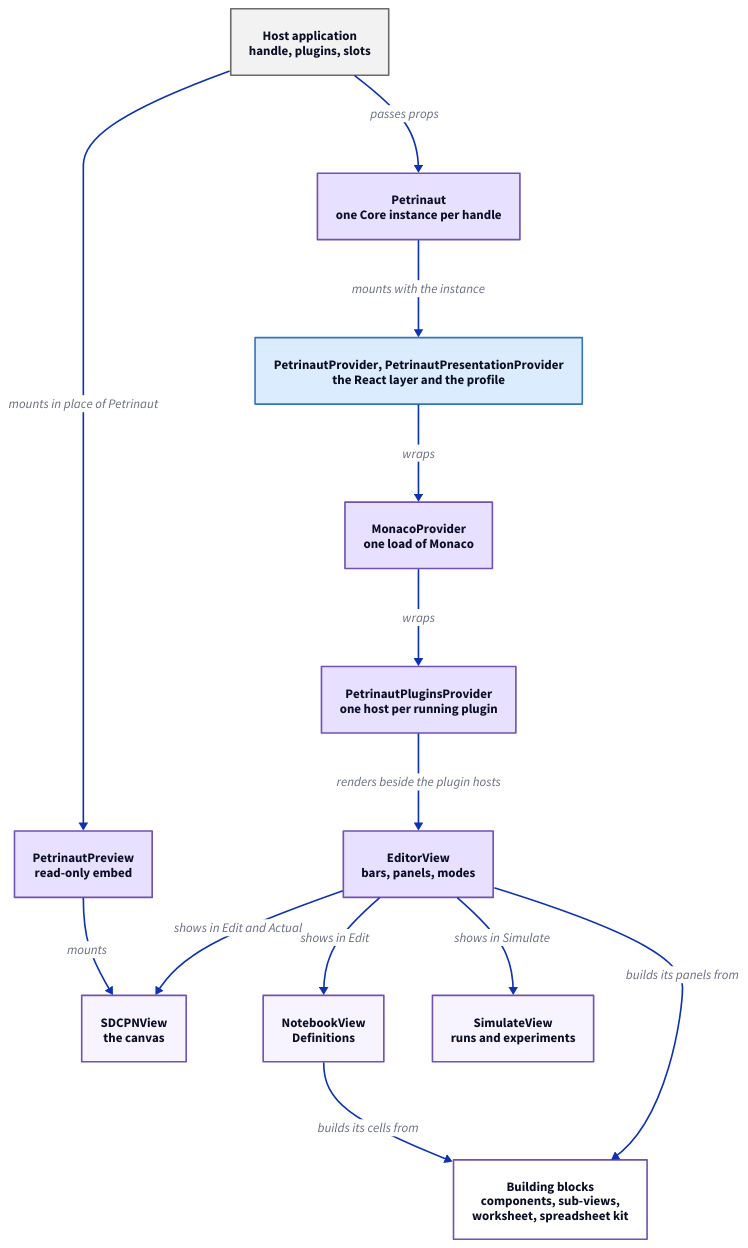
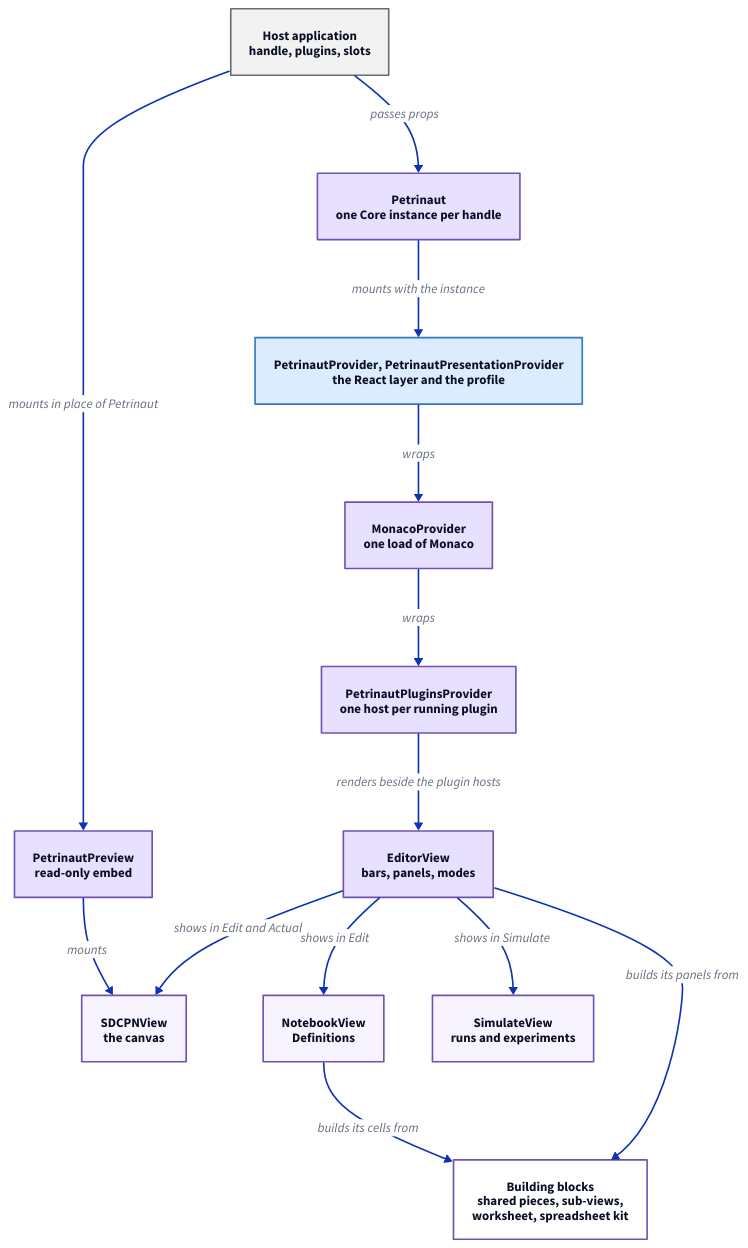
Before and after one commit to hashintel/hash: the diagram in libs/@hashintel/petrinaut/src/ui/ui-layer.d2, drawn with D2. The commit also changed 4 other files, not shown here.

```diff
--- a/libs/@hashintel/petrinaut/src/ui/ui-layer.d2
+++ b/libs/@hashintel/petrinaut/src/ui/ui-layer.d2
@@ -1,28 +1,28 @@
 # Hand-written; rendered by the arch-docs build. React components use the
 # purple palette, the host the grey one.
 direction: down
 
 host: "Host application\nhandle, plugins, slots" {style.fill: "#f2f2f2"; style.stroke: "#6b6b6b"}
 petrinaut: "Petrinaut\none Core instance per handle" {style.fill: "#e8e0ff"; style.stroke: "#7051b5"}
 provider: "PetrinautProvider, PetrinautPresentationProvider\nthe React layer and the profile" {style.fill: "#dcecff"; style.stroke: "#3676b8"}
 monaco: "MonacoProvider\none load of Monaco" {style.fill: "#e8e0ff"; style.stroke: "#7051b5"}
 plugins: "PetrinautPluginsProvider\none host per running plugin" {style.fill: "#e8e0ff"; style.stroke: "#7051b5"}
 editor: "EditorView\nbars, panels, modes" {style.fill: "#e8e0ff"; style.stroke: "#7051b5"}
 canvas: "SDCPNView\nthe canvas" {style.fill: "#f7f4ff"; style.stroke: "#7051b5"}
 notebook: "NotebookView\nDefinitions" {style.fill: "#f7f4ff"; style.stroke: "#7051b5"}
 simulate: "SimulateView\nruns and experiments" {style.fill: "#f7f4ff"; style.stroke: "#7051b5"}
 preview: "PetrinautPreview\nread-only embed" {style.fill: "#e8e0ff"; style.stroke: "#7051b5"}
-blocks: "Building blocks\ncomponents, sub-views,\nworksheet, spreadsheet kit" {style.fill: "#ffffff"; style.stroke: "#7051b5"}
+blocks: "Building blocks\nshared pieces, sub-views,\nworksheet, spreadsheet kit" {style.fill: "#ffffff"; style.stroke: "#7051b5"}
 
 host -> petrinaut: "passes props"
 host -> preview: "mounts in place of Petrinaut"
 petrinaut -> provider: "mounts with the instance"
 provider -> monaco: "wraps"
 monaco -> plugins: "wraps"
 plugins -> editor: "renders beside the plugin hosts"
 editor -> canvas: "shows in Edit and Actual"
 editor -> notebook: "shows in Edit"
 editor -> simulate: "shows in Simulate"
 preview -> canvas: "mounts"
 editor -> blocks: "builds its panels from"
 notebook -> blocks: "builds its cells from"
```
